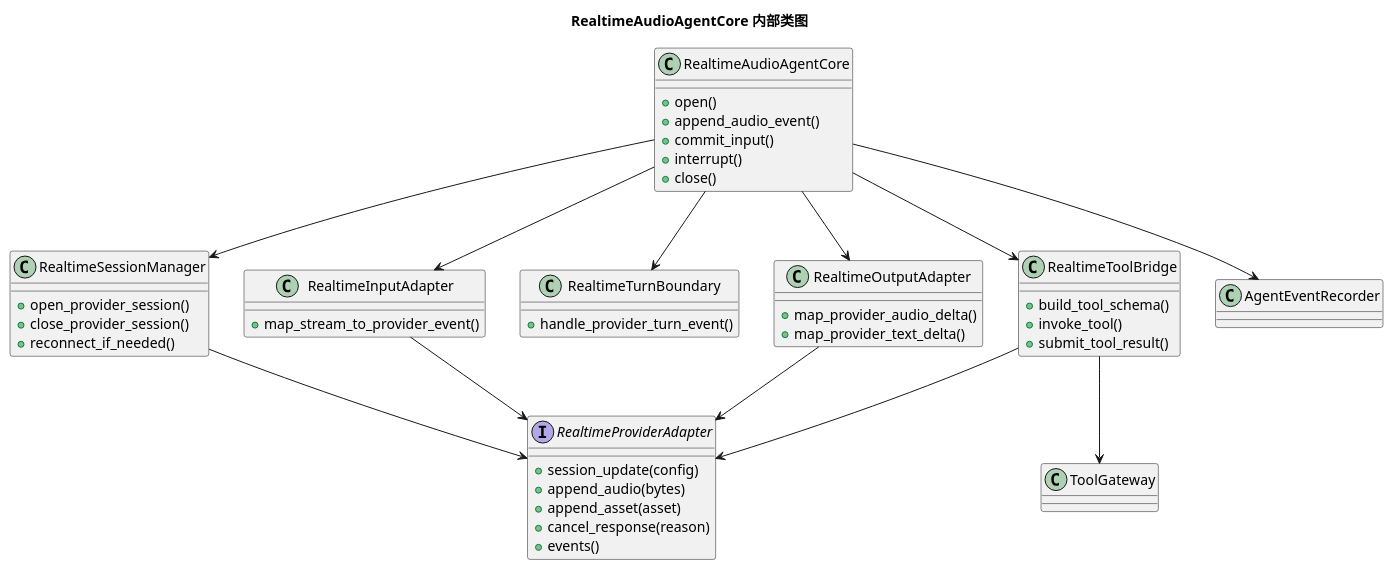
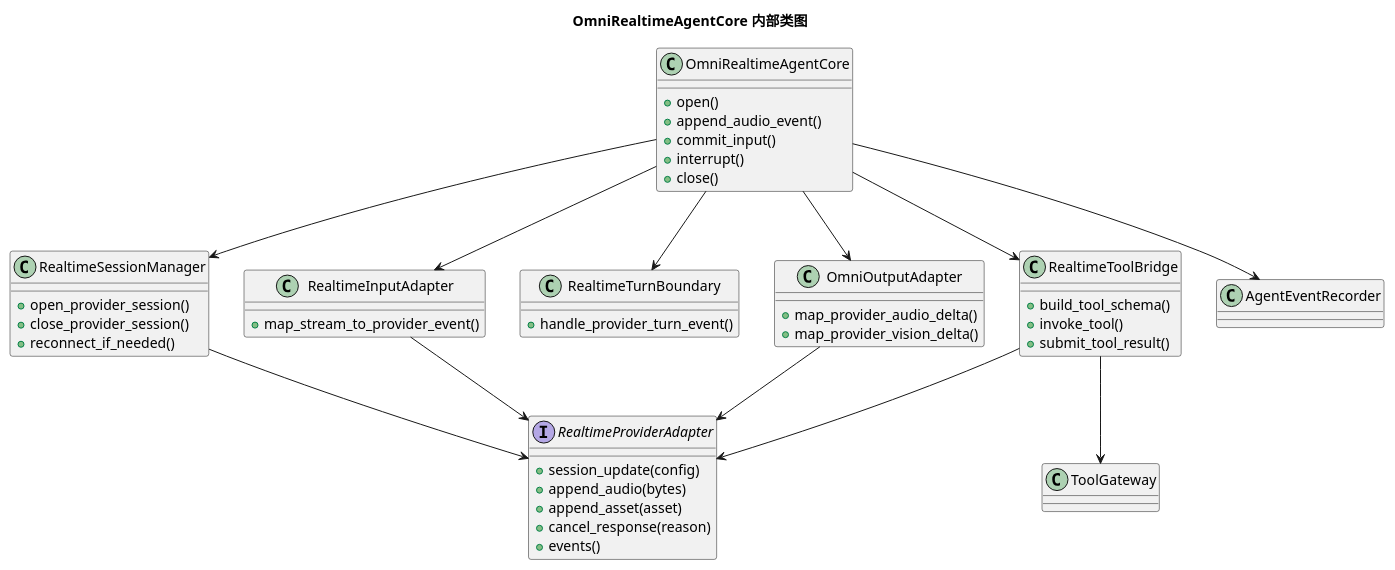
Diagram 11 of 18 in audio-server/docs/internal/audio-server-architecture-design.md (HengeLiu/RealtimeAgent), drawn with PlantUML before and after one commit. The commit also changed other lines of this file and 488 other files, not shown here.

````diff
--- a/audio-server/docs/internal/audio-server-architecture-design.md
+++ b/audio-server/docs/internal/audio-server-architecture-design.md
@@ -1961,61 +1961,61 @@
 ```plantuml
 @startuml
-title RealtimeAudioAgentCore 内部类图
+title OmniRealtimeAgentCore 内部类图
 
-class RealtimeAudioAgentCore {
+class OmniRealtimeAgentCore {
   +open()
   +append_audio_event()
   +commit_input()
   +interrupt()
   +close()
 }
 
 class RealtimeSessionManager {
   +open_provider_session()
   +close_provider_session()
   +reconnect_if_needed()
 }
 
 interface RealtimeProviderAdapter {
   +session_update(config)
   +append_audio(bytes)
   +append_asset(asset)
   +cancel_response(reason)
   +events()
 }
 
 class RealtimeInputAdapter {
   +map_stream_to_provider_event()
 }
 
 class RealtimeTurnBoundary {
   +handle_provider_turn_event()
 }
 
 class RealtimeToolBridge {
   +build_tool_schema()
   +invoke_tool()
   +submit_tool_result()
 }
 
-class RealtimeOutputAdapter {
+class OmniOutputAdapter {
   +map_provider_audio_delta()
-  +map_provider_text_delta()
+  +map_provider_vision_delta()
 }
 
 class AgentEventRecorder
 class ToolGateway
 
-RealtimeAudioAgentCore --> RealtimeSessionManager
-RealtimeAudioAgentCore --> RealtimeInputAdapter
-RealtimeAudioAgentCore --> RealtimeTurnBoundary
-RealtimeAudioAgentCore --> RealtimeToolBridge
-RealtimeAudioAgentCore --> RealtimeOutputAdapter
-RealtimeAudioAgentCore --> AgentEventRecorder
+OmniRealtimeAgentCore --> RealtimeSessionManager
+OmniRealtimeAgentCore --> RealtimeInputAdapter
+OmniRealtimeAgentCore --> RealtimeTurnBoundary
+OmniRealtimeAgentCore --> RealtimeToolBridge
+OmniRealtimeAgentCore --> OmniOutputAdapter
+OmniRealtimeAgentCore --> AgentEventRecorder
 RealtimeSessionManager --> RealtimeProviderAdapter
 RealtimeInputAdapter --> RealtimeProviderAdapter
 RealtimeToolBridge --> RealtimeProviderAdapter
 RealtimeToolBridge --> ToolGateway
-RealtimeOutputAdapter --> RealtimeProviderAdapter
+OmniOutputAdapter --> RealtimeProviderAdapter
 @enduml
 ```
````
